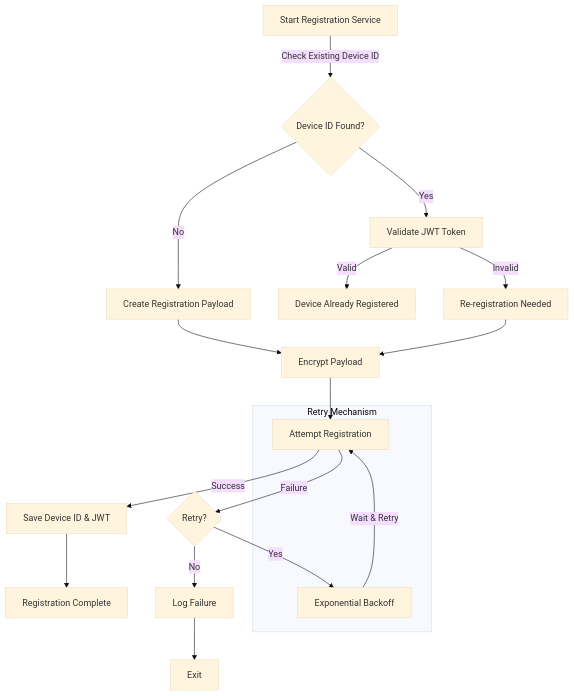
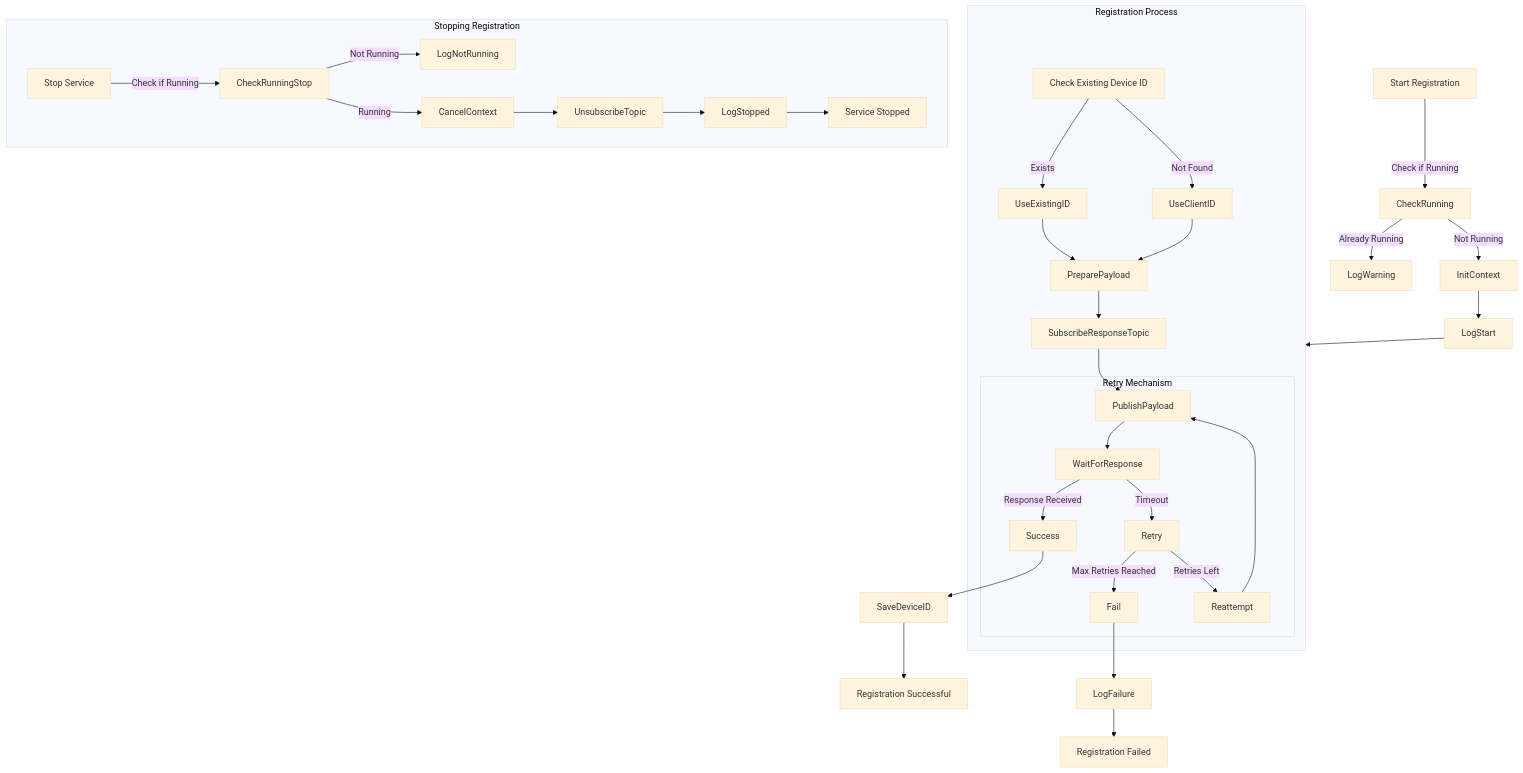
One commit to BenMeehan/iot-agent changed the diagram in docs/images/mermaid_chart_markdown/registration.mmd. Above: the diagram before and after it, drawn with Mermaid (base theme). The commit also changed 49 other files, not shown here.

```diff
--- a/docs/images/mermaid_chart_markdown/registration.mmd
+++ b/docs/images/mermaid_chart_markdown/registration.mmd
@@ -1,24 +1,39 @@
 graph TD;
-    A[Start Registration Service] -->|Check Existing Device ID| B{Device ID Found?};
-    
-    B -- No --> C[Create Registration Payload];
-    B -- Yes --> D[Validate JWT Token];
+    Start[Start Registration] -->|Check if Running| CheckRunning
+    CheckRunning -->|Already Running| LogWarning
+    CheckRunning -->|Not Running| InitContext
+    InitContext --> LogStart
+    LogStart --> RunService
 
-    D -- Valid --> E[Device Already Registered];
-    D -- Invalid --> F[Re-registration Needed];
-    
-    C --> G[Encrypt Payload] --> H[Attempt Registration];
-    F --> G;
+    subgraph RunService[Registration Process]
+        CheckDeviceID[Check Existing Device ID] -->|Exists| UseExistingID
+        CheckDeviceID -->|Not Found| UseClientID
+        UseExistingID --> PreparePayload
+        UseClientID --> PreparePayload
+        PreparePayload --> SubscribeResponseTopic
+        SubscribeResponseTopic --> PublishPayload
+        PublishPayload --> WaitForResponse
 
-    H -->|Success| I[Save Device ID & JWT];
-    H -->|Failure| J{Retry?};
+        subgraph RetryLoop[Retry Mechanism]
+            WaitForResponse -->|Response Received| Success
+            WaitForResponse -->|Timeout| Retry
+            Retry -->|Max Retries Reached| Fail
+            Retry -->|Retries Left| Reattempt
+            Reattempt --> PublishPayload
+        end
+    end
 
-    J -- Yes --> K[Exponential Backoff];
-    J -- No --> L[Log Failure];
+    Success --> SaveDeviceID
+    SaveDeviceID --> End[Registration Successful]
 
-    I --> M[Registration Complete];
-    L --> N[Exit];
+    Fail --> LogFailure
+    LogFailure --> EndFailure[Registration Failed]
 
-    subgraph Retry Mechanism
-        K -->|Wait & Retry| H;
+    subgraph StopService[Stopping Registration]
+        Stop[Stop Service] -->|Check if Running| CheckRunningStop
+        CheckRunningStop -->|Not Running| LogNotRunning
+        CheckRunningStop -->|Running| CancelContext
+        CancelContext --> UnsubscribeTopic
+        UnsubscribeTopic --> LogStopped
+        LogStopped --> EndStopped[Service Stopped]
     end
```
